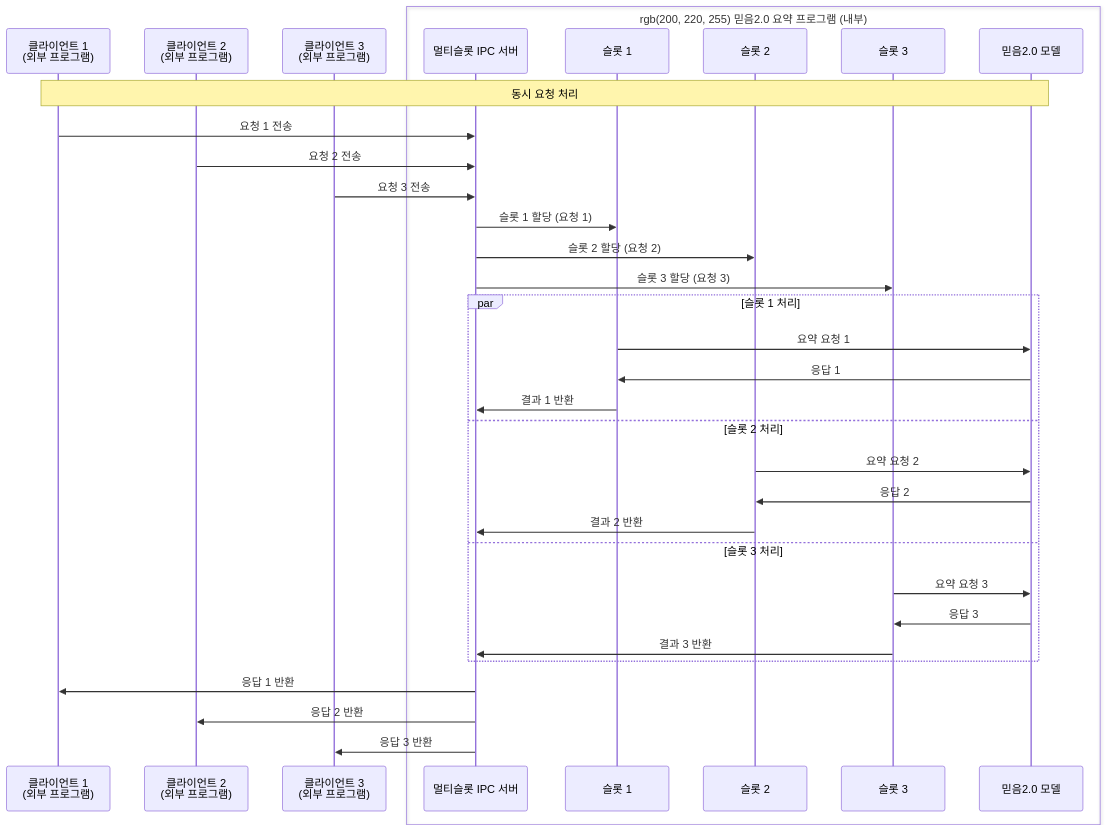
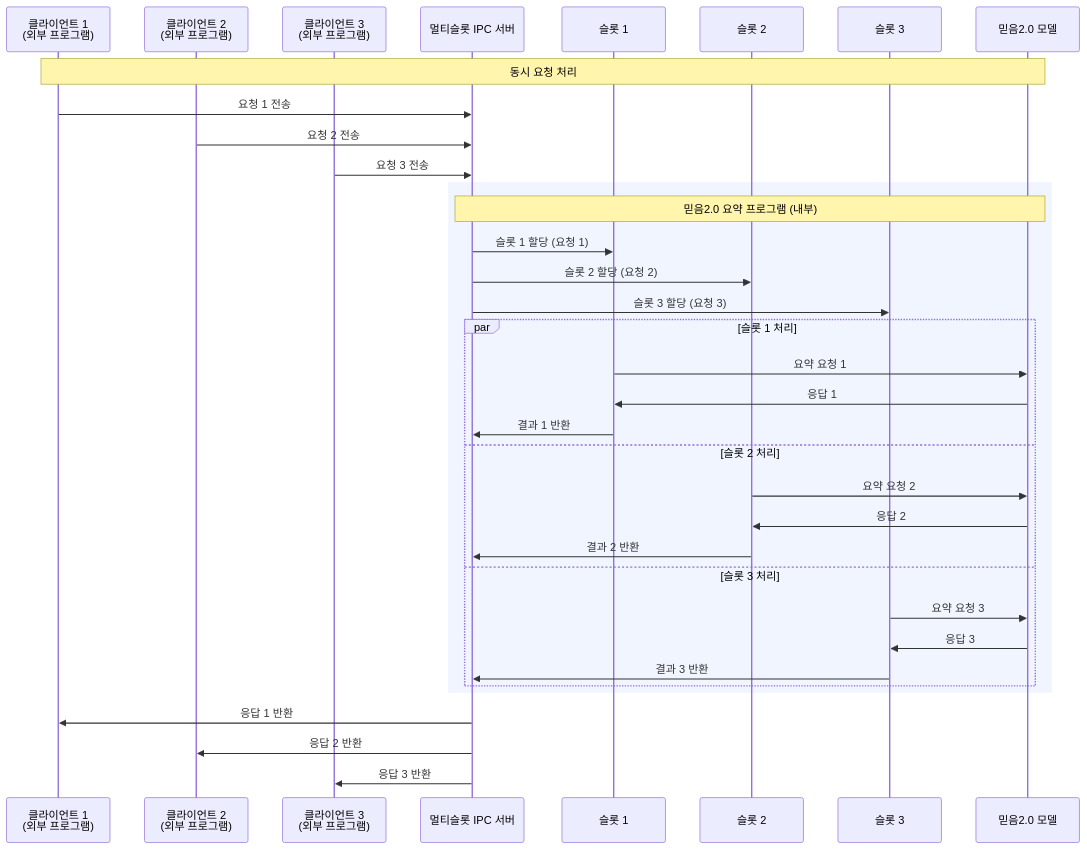
The second of 5 diagrams in sequence_diagram.md (hak023/gemma-summarizer-poc), drawn with Mermaid before and after one commit. The commit also changed other lines of this file and 1 other file, not shown here.

First line of the commit message:
GitHub 호환성을 위해 box rgb()를 rect rgb()로 변경

````diff
--- a/sequence_diagram.md
+++ b/sequence_diagram.md
@@ -69,41 +70,42 @@
 ```mermaid
 sequenceDiagram
     participant Client1 as 클라이언트 1<br/>(외부 프로그램)
     participant Client2 as 클라이언트 2<br/>(외부 프로그램)
     participant Client3 as 클라이언트 3<br/>(외부 프로그램)
     
-    box rgb(200, 220, 255) 믿음2.0 요약 프로그램 (내부)
-        participant IPC as 멀티슬롯 IPC 서버
-        participant Slot1 as 슬롯 1
-        participant Slot2 as 슬롯 2
-        participant Slot3 as 슬롯 3
-        participant Gemma as 믿음2.0 모델
-    end
+    participant IPC as 멀티슬롯 IPC 서버
+    participant Slot1 as 슬롯 1
+    participant Slot2 as 슬롯 2
+    participant Slot3 as 슬롯 3
+    participant Gemma as 믿음2.0 모델
 
     Note over Client1,Gemma: 동시 요청 처리
     Client1->>IPC: 요청 1 전송
     Client2->>IPC: 요청 2 전송
     Client3->>IPC: 요청 3 전송
     
-    IPC->>Slot1: 슬롯 1 할당 (요청 1)
-    IPC->>Slot2: 슬롯 2 할당 (요청 2)
-    IPC->>Slot3: 슬롯 3 할당 (요청 3)
-    
-    par 슬롯 1 처리
-        Slot1->>Gemma: 요약 요청 1
-        Gemma->>Slot1: 응답 1
-        Slot1->>IPC: 결과 1 반환
-    and 슬롯 2 처리
-        Slot2->>Gemma: 요약 요청 2
-        Gemma->>Slot2: 응답 2
-        Slot2->>IPC: 결과 2 반환
-    and 슬롯 3 처리
-        Slot3->>Gemma: 요약 요청 3
-        Gemma->>Slot3: 응답 3
-        Slot3->>IPC: 결과 3 반환
+    rect rgb(240, 245, 255)
+        Note over IPC,Gemma: 믿음2.0 요약 프로그램 (내부)
+        IPC->>Slot1: 슬롯 1 할당 (요청 1)
+        IPC->>Slot2: 슬롯 2 할당 (요청 2)
+        IPC->>Slot3: 슬롯 3 할당 (요청 3)
+        
+        par 슬롯 1 처리
+            Slot1->>Gemma: 요약 요청 1
+            Gemma->>Slot1: 응답 1
+            Slot1->>IPC: 결과 1 반환
+        and 슬롯 2 처리
+            Slot2->>Gemma: 요약 요청 2
+            Gemma->>Slot2: 응답 2
+            Slot2->>IPC: 결과 2 반환
+        and 슬롯 3 처리
+            Slot3->>Gemma: 요약 요청 3
+            Gemma->>Slot3: 응답 3
+            Slot3->>IPC: 결과 3 반환
+        end
     end
     
     IPC->>Client1: 응답 1 반환
     IPC->>Client2: 응답 2 반환
     IPC->>Client3: 응답 3 반환
 ```
````
